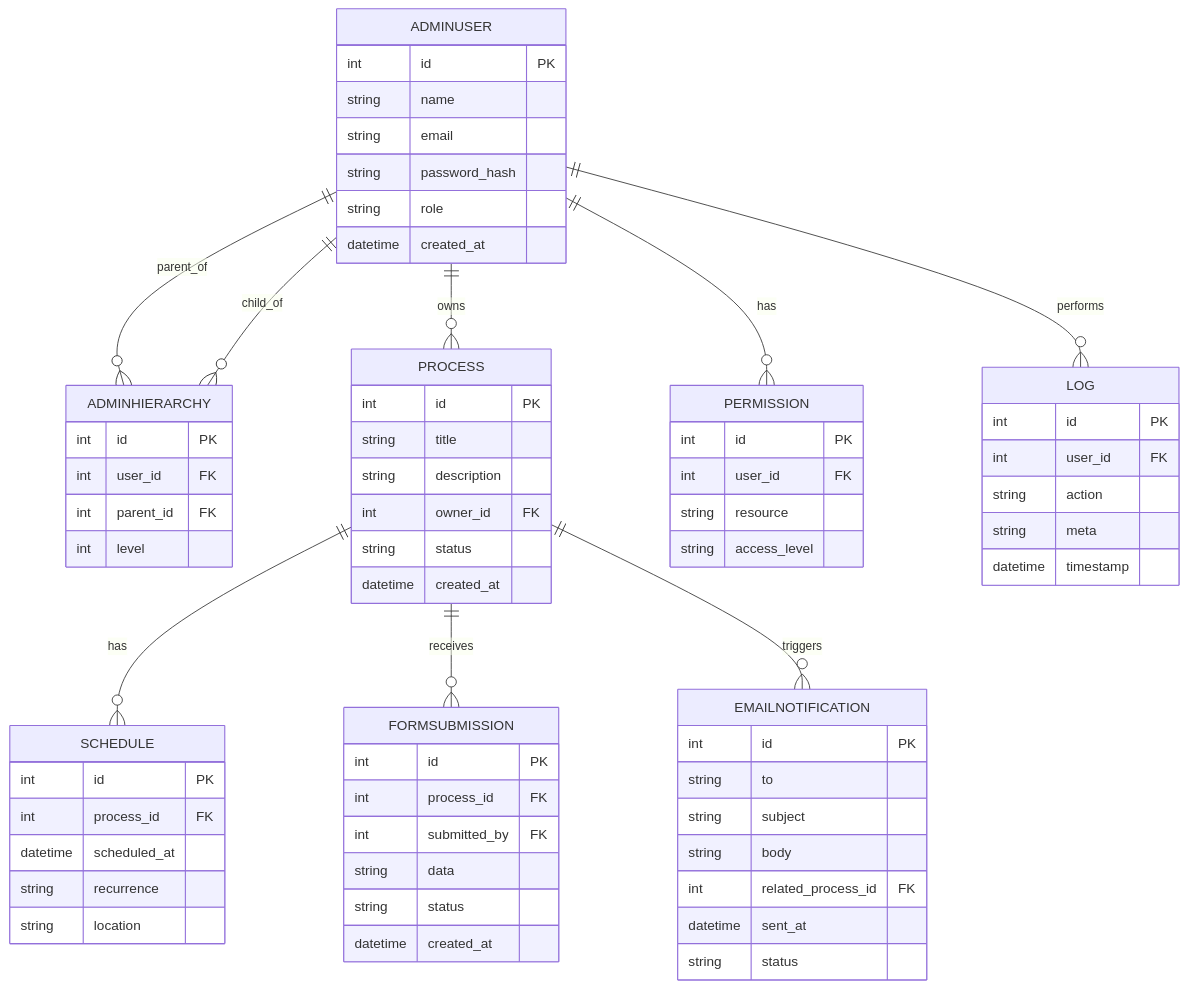
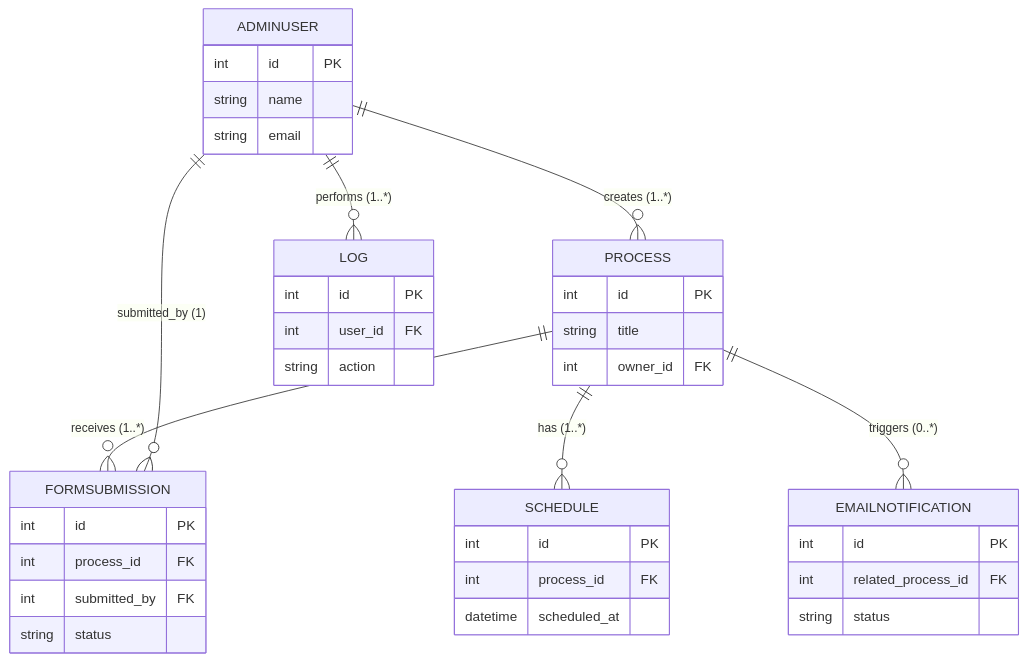
One commit to koiboiiiii/barangayWorksJS changed the diagram in ERD.md. Above: the diagram before and after it, drawn with Mermaid. The commit also changed other lines of this file, not shown here.

Commit message:
modified:   ERD.md

````diff
--- a/ERD.md
+++ b/ERD.md
@@ -24,79 +11,47 @@
 ```mermaid
 erDiagram
     ADMINUSER {
         int id PK
         string name
         string email
-        string password_hash
-        string role
-        datetime created_at
-    }
-
-    ADMINHIERARCHY {
-        int id PK
-        int user_id FK
-        int parent_id FK
-        int level
     }
 
     PROCESS {
         int id PK
         string title
-        string description
         int owner_id FK
+    }
+
+    FORMSUBMISSION {
+        int id PK
+        int process_id FK
+        int submitted_by FK
         string status
-        datetime created_at
     }
 
     SCHEDULE {
         int id PK
         int process_id FK
         datetime scheduled_at
-        string recurrence
-        string location
-    }
-
-    PERMISSION {
-        int id PK
-        int user_id FK
-        string resource
-        string access_level
-    }
-
-    FORMSUBMISSION {
-        int id PK
-        int process_id FK
-        int submitted_by FK
-        string data
-        string status
-        datetime created_at
     }
 
     LOG {
         int id PK
         int user_id FK
         string action
-        string meta
-        datetime timestamp
     }
 
     EMAILNOTIFICATION {
         int id PK
-        string to
-        string subject
-        string body
         int related_process_id FK
-        datetime sent_at
         string status
     }
 
-    ADMINUSER ||--o{ PROCESS : "owns"
-    ADMINUSER ||--o{ LOG : "performs"
-    ADMINUSER ||--o{ PERMISSION : "has"
-    PROCESS ||--o{ SCHEDULE : "has"
-    PROCESS ||--o{ FORMSUBMISSION : "receives"
-    PROCESS ||--o{ EMAILNOTIFICATION : "triggers"
-    ADMINUSER ||--o{ ADMINHIERARCHY : "parent_of"
-    ADMINHIERARCHY }o--|| ADMINUSER : "child_of"
-
-``` 
+    %% Relationships with cardinality
+    ADMINUSER ||--o{ PROCESS : "creates (1..*)"
+    PROCESS ||--o{ FORMSUBMISSION : "receives (1..*)"
+    PROCESS ||--o{ SCHEDULE : "has (1..*)"
+    ADMINUSER ||--o{ LOG : "performs (1..*)"
+    PROCESS ||--o{ EMAILNOTIFICATION : "triggers (0..*)"
+    FORMSUBMISSION }o--|| ADMINUSER : "submitted_by (1)"
+```
````
